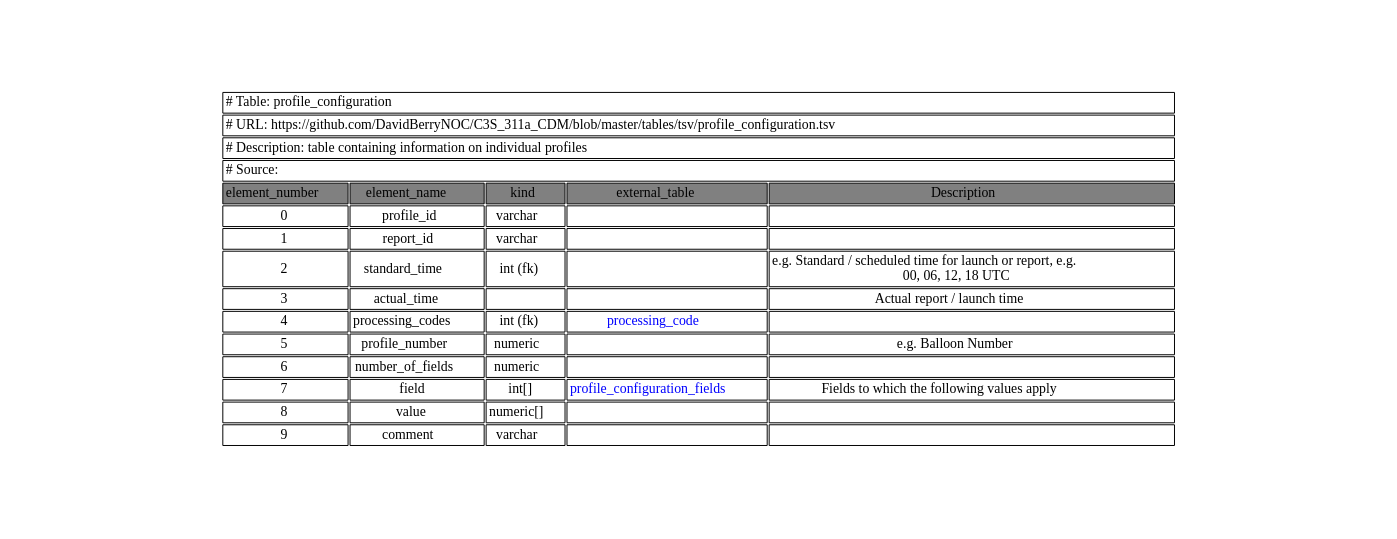
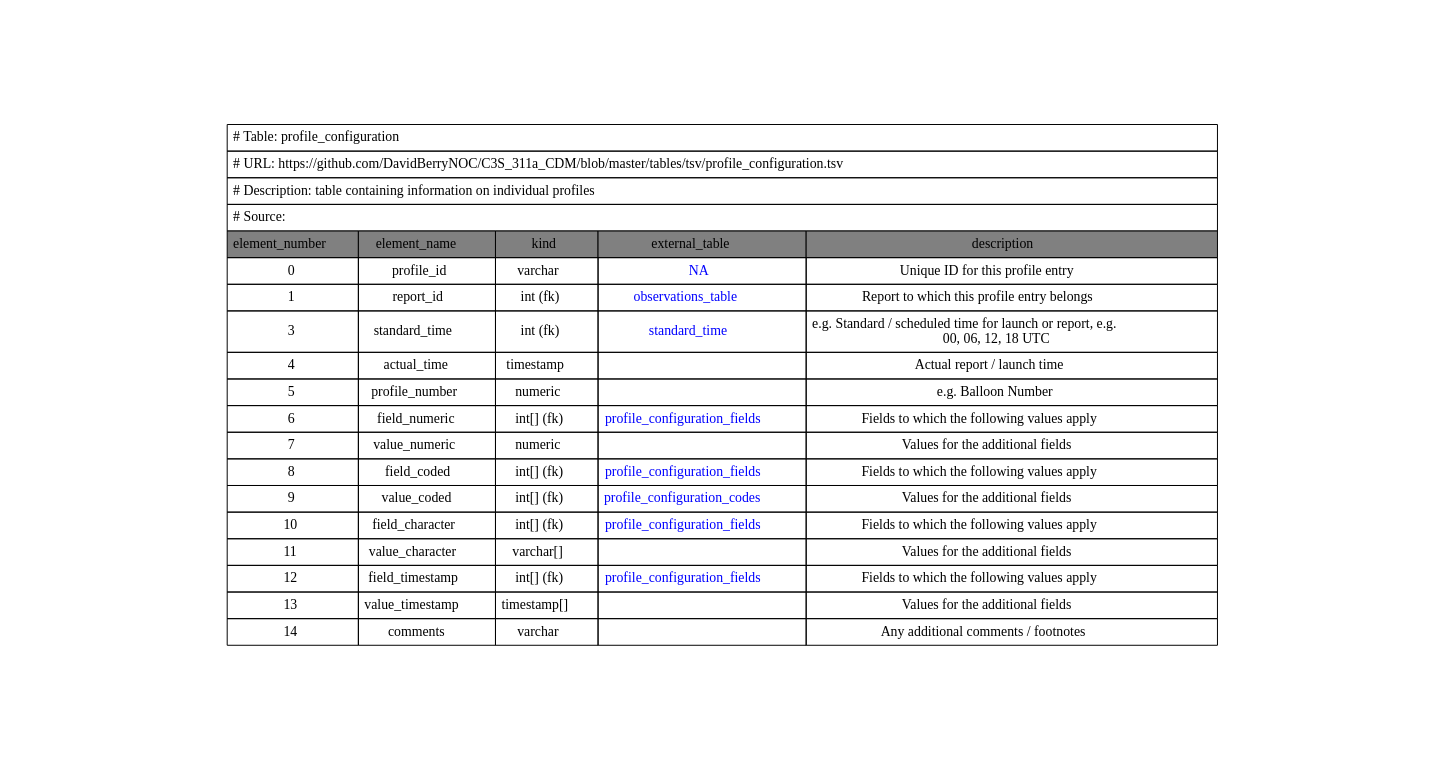
One commit to glamod/common_data_model changed the diagram in graphviz/profile_configuration.gv. Above: the diagram before and after it, drawn with Graphviz. The commit also changed 269 other files, not shown here.

```diff
--- a/graphviz/profile_configuration.gv
+++ b/graphviz/profile_configuration.gv
@@ -1,20 +1,24 @@
 digraph profile_configuration {
 node [color=white]
-profile_configuration [label=<<TABLE BORDER="0" CELLBORDER="1" CELLSPACING="2" COLOR="BLACK">
+profile_configuration [label=<<TABLE BORDER="0" CELLBORDER="1" CELLSPACING="0" CELLPADDING="5" COLOR="BLACK">
 <TR><TD COLSPAN="5" ALIGN="left" PORT="head"># Table: profile_configuration</TD></TR>
 <TR><TD COLSPAN="5" ALIGN="left"># URL: https://github.com/DavidBerryNOC/C3S_311a_CDM/blob/master/tables/tsv/profile_configuration.tsv</TD></TR>
 <TR><TD ALIGN="left" COLSPAN="5"># Description: table containing information on individual profiles</TD></TR>
 <TR><TD ALIGN="left" COLSPAN="5"># Source:</TD></TR>
-<TR><TD BGCOLOR="GRAY">element_number</TD><TD BGCOLOR="GRAY">element_name</TD><TD BGCOLOR="GRAY">kind</TD><TD BGCOLOR="GRAY">external_table</TD><TD BGCOLOR="GRAY">Description</TD></TR>
-<TR><TD PORT="profile_idL">0</TD><TD>profile_id </TD><TD>varchar </TD><TD></TD><TD PORT="profile_idR"></TD></TR>
-<TR><TD PORT="report_idL">1</TD><TD>report_id </TD><TD>varchar </TD><TD></TD><TD PORT="report_idR"></TD></TR>
-<TR><TD PORT="standard_timeL">2</TD><TD>standard_time </TD><TD>int (fk) </TD><TD></TD><TD PORT="standard_timeR">e.g. Standard / scheduled time for launch or report, e.g. <BR/>00, 06, 12, 18 UTC </TD></TR>
-<TR><TD PORT="actual_timeL">3</TD><TD>actual_time </TD><TD></TD><TD></TD><TD PORT="actual_timeR">Actual report / launch time </TD></TR>
-<TR><TD PORT="processing_codesL">4</TD><TD>processing_codes </TD><TD>int (fk) </TD><TD HREF="https://github.com/DavidBerryNOC/C3S_311a_CDM/blob/master/tables/tsv/processing_code.tsv"><FONT color="blue">processing_code </FONT></TD><TD PORT="processing_codesR"></TD></TR>
+<TR><TD BGCOLOR="GRAY">element_number</TD><TD BGCOLOR="GRAY">element_name</TD><TD BGCOLOR="GRAY">kind</TD><TD BGCOLOR="GRAY">external_table</TD><TD BGCOLOR="GRAY">description</TD></TR>
+<TR><TD PORT="profile_idL">0</TD><TD>profile_id </TD><TD>varchar </TD><TD HREF="https://github.com/DavidBerryNOC/C3S_311a_CDM/blob/master/tables/tsv/NA.tsv"><FONT color="blue">NA </FONT></TD><TD PORT="profile_idR">Unique ID for this profile entry </TD></TR>
+<TR><TD PORT="report_idL">1</TD><TD>report_id </TD><TD>int (fk) </TD><TD HREF="https://github.com/DavidBerryNOC/C3S_311a_CDM/blob/master/tables/tsv/observations_table.tsv"><FONT color="blue">observations_table </FONT></TD><TD PORT="report_idR">Report to which this profile entry belongs </TD></TR>
+<TR><TD PORT="standard_timeL">3</TD><TD>standard_time </TD><TD>int (fk) </TD><TD HREF="https://github.com/DavidBerryNOC/C3S_311a_CDM/blob/master/tables/tsv/standard_time.tsv"><FONT color="blue">standard_time </FONT></TD><TD PORT="standard_timeR">e.g. Standard / scheduled time for launch or report, e.g. <BR/>00, 06, 12, 18 UTC </TD></TR>
+<TR><TD PORT="actual_timeL">4</TD><TD>actual_time </TD><TD>timestamp </TD><TD></TD><TD PORT="actual_timeR">Actual report / launch time </TD></TR>
 <TR><TD PORT="profile_numberL">5</TD><TD>profile_number </TD><TD>numeric </TD><TD></TD><TD PORT="profile_numberR">e.g. Balloon Number </TD></TR>
-<TR><TD PORT="number_of_fieldsL">6</TD><TD>number_of_fields </TD><TD>numeric </TD><TD></TD><TD PORT="number_of_fieldsR"></TD></TR>
-<TR><TD PORT="fieldL">7</TD><TD>field </TD><TD>int[] </TD><TD HREF="https://github.com/DavidBerryNOC/C3S_311a_CDM/blob/master/tables/tsv/profile_configuration_fields.tsv"><FONT color="blue">profile_configuration_fields </FONT></TD><TD PORT="fieldR">Fields to which the following values apply </TD></TR>
-<TR><TD PORT="valueL">8</TD><TD>value </TD><TD>numeric[] </TD><TD></TD><TD PORT="valueR"></TD></TR>
-<TR><TD PORT="commentL">9</TD><TD>comment </TD><TD>varchar </TD><TD></TD><TD PORT="commentR"></TD></TR>
+<TR><TD PORT="field_numericL">6</TD><TD>field_numeric </TD><TD>int[] (fk) </TD><TD HREF="https://github.com/DavidBerryNOC/C3S_311a_CDM/blob/master/tables/tsv/profile_configuration_fields.tsv"><FONT color="blue">profile_configuration_fields </FONT></TD><TD PORT="field_numericR">Fields to which the following values apply </TD></TR>
+<TR><TD PORT="value_numericL">7</TD><TD>value_numeric </TD><TD>numeric </TD><TD></TD><TD PORT="value_numericR">Values for the additional fields </TD></TR>
+<TR><TD PORT="field_codedL">8</TD><TD>field_coded </TD><TD>int[] (fk) </TD><TD HREF="https://github.com/DavidBerryNOC/C3S_311a_CDM/blob/master/tables/tsv/profile_configuration_fields.tsv"><FONT color="blue">profile_configuration_fields </FONT></TD><TD PORT="field_codedR">Fields to which the following values apply </TD></TR>
+<TR><TD PORT="value_codedL">9</TD><TD>value_coded </TD><TD>int[] (fk) </TD><TD HREF="https://github.com/DavidBerryNOC/C3S_311a_CDM/blob/master/tables/tsv/profile_configuration_codes.tsv"><FONT color="blue">profile_configuration_codes </FONT></TD><TD PORT="value_codedR">Values for the additional fields </TD></TR>
+<TR><TD PORT="field_characterL">10</TD><TD>field_character </TD><TD>int[] (fk) </TD><TD HREF="https://github.com/DavidBerryNOC/C3S_311a_CDM/blob/master/tables/tsv/profile_configuration_fields.tsv"><FONT color="blue">profile_configuration_fields </FONT></TD><TD PORT="field_characterR">Fields to which the following values apply </TD></TR>
+<TR><TD PORT="value_characterL">11</TD><TD>value_character </TD><TD>varchar[] </TD><TD></TD><TD PORT="value_characterR">Values for the additional fields </TD></TR>
+<TR><TD PORT="field_timestampL">12</TD><TD>field_timestamp </TD><TD>int[] (fk) </TD><TD HREF="https://github.com/DavidBerryNOC/C3S_311a_CDM/blob/master/tables/tsv/profile_configuration_fields.tsv"><FONT color="blue">profile_configuration_fields </FONT></TD><TD PORT="field_timestampR">Fields to which the following values apply </TD></TR>
+<TR><TD PORT="value_timestampL">13</TD><TD>value_timestamp </TD><TD>timestamp[] </TD><TD></TD><TD PORT="value_timestampR">Values for the additional fields </TD></TR>
+<TR><TD PORT="commentsL">14</TD><TD>comments </TD><TD>varchar </TD><TD></TD><TD PORT="commentsR">Any additional comments / footnotes </TD></TR>
 </TABLE>>];
 }
```
